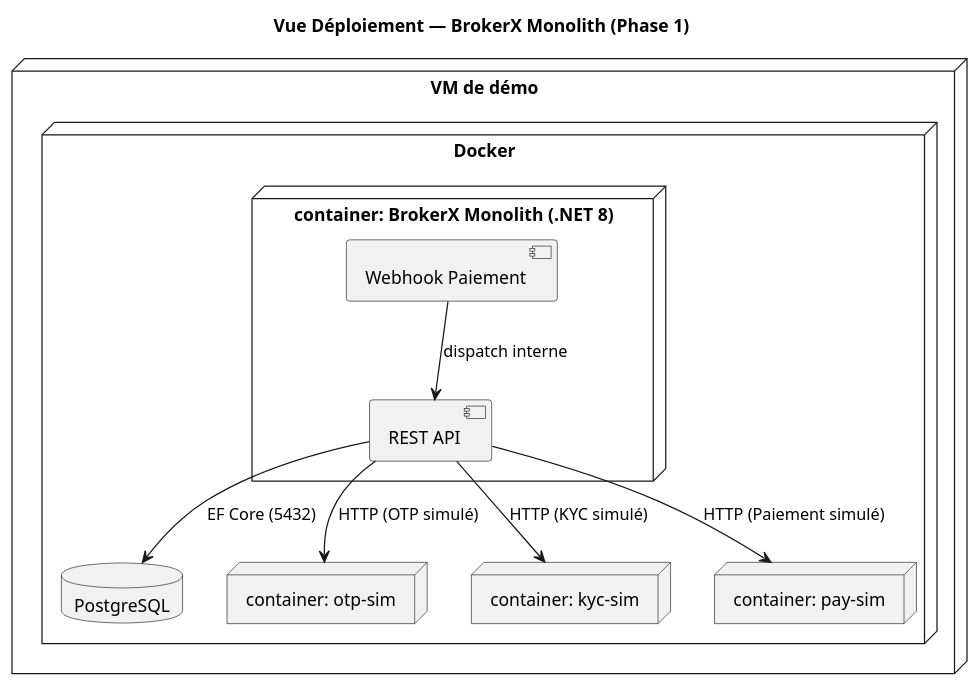
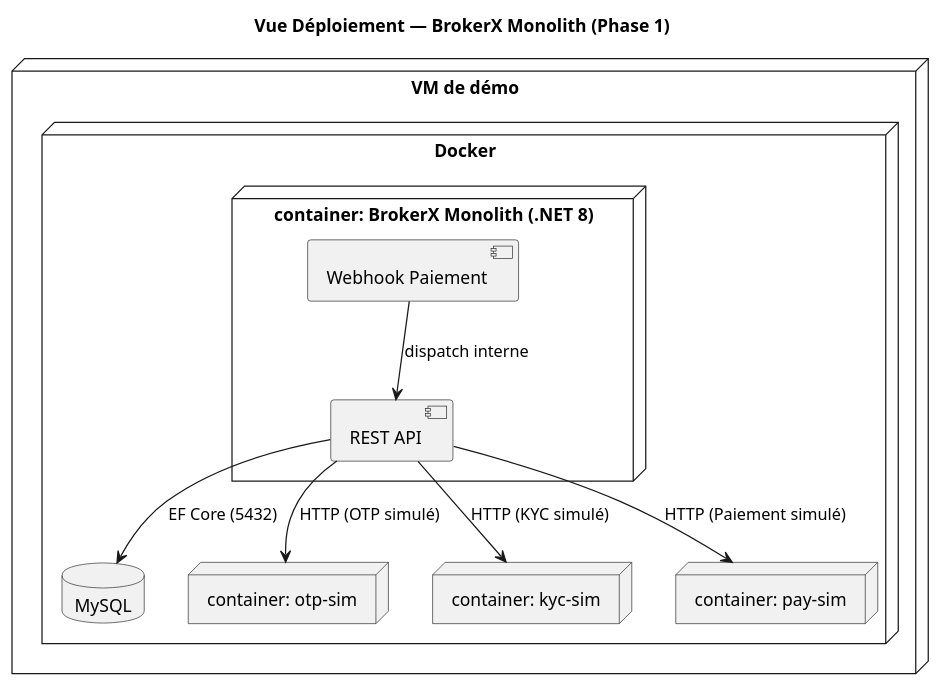
Before and after one commit to theobrogrammer/projet-log-430: the diagram in docs/4+1/deploiement.puml, drawn with PlantUML. The commit also changed 183 other files, not shown here.

```diff
--- a/docs/4+1/deploiement.puml
+++ b/docs/4+1/deploiement.puml
@@ -1,26 +1,26 @@
 @startuml
 title Vue Déploiement — BrokerX Monolith (Phase 1)
 
 node "VM de démo" {
   node "Docker" {
     node "container: BrokerX Monolith (.NET 8)" as app {
       component "REST API" as api
       component "Webhook Paiement" as webhook
     }
-    database "PostgreSQL" as db
+    database "MySQL" as db
     ' (option) simulateurs locaux pour éviter Internet :
     node "container: otp-sim" as otp
     node "container: kyc-sim" as kyc
     node "container: pay-sim" as pay
   }
 }
 
 ' Liaisons internes VM
 api --> db : EF Core (5432)
 webhook --> api : dispatch interne
 
 ' Appels sortants (local sim ou services réels)
 api --> otp : HTTP (OTP simulé)
 api --> kyc : HTTP (KYC simulé)
 api --> pay : HTTP (Paiement simulé)
 @enduml
```
